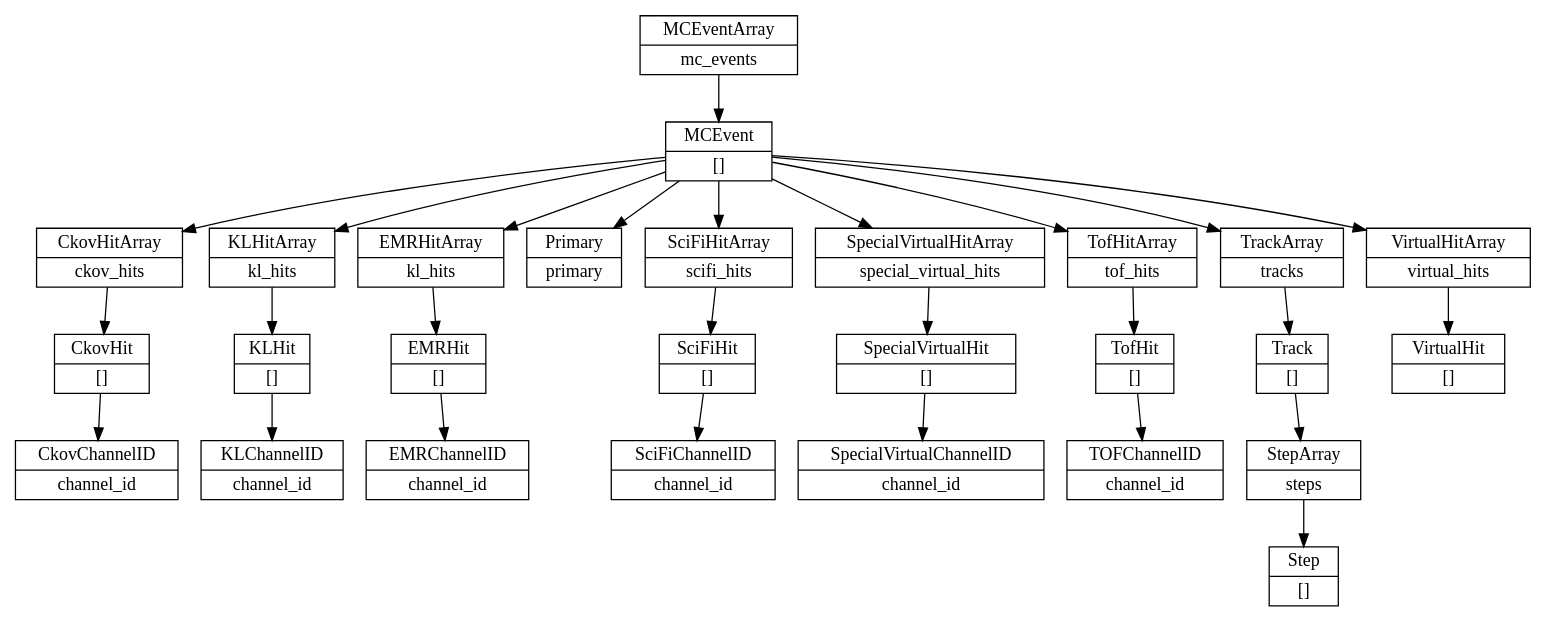
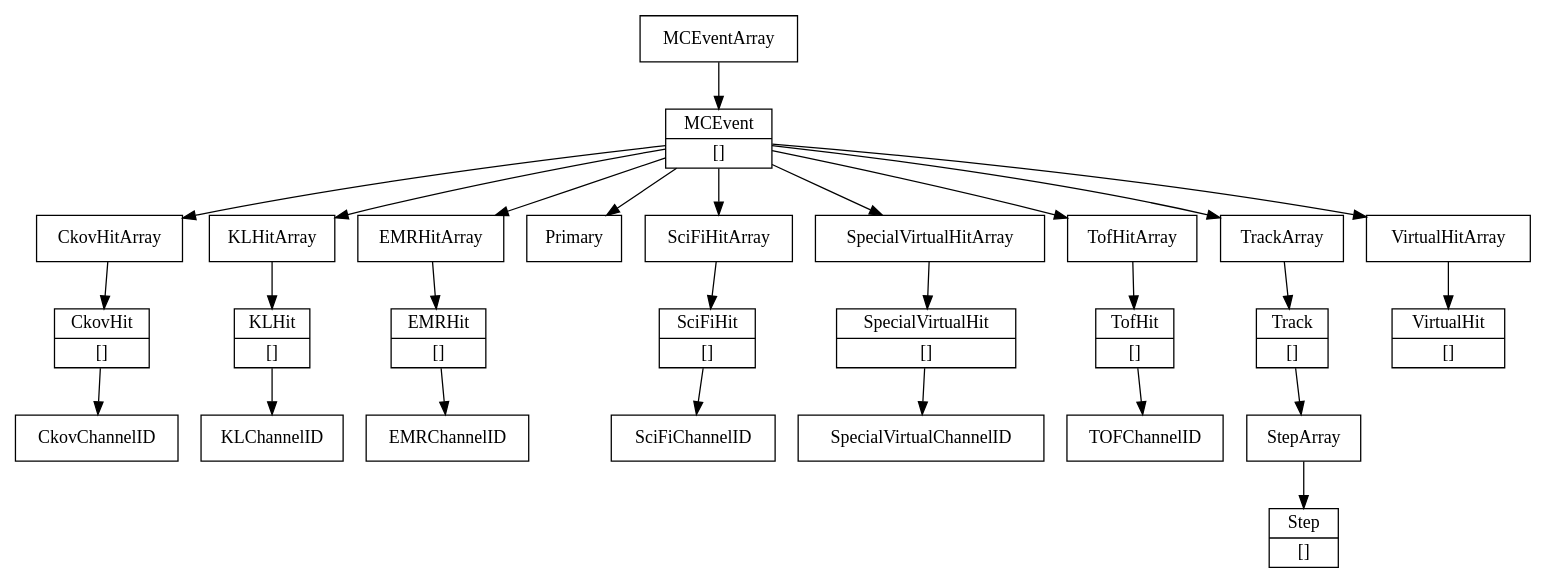
Before and after one commit to durgarajaram/maus-software-paper: the diagram in figs/mc_datastructure.dot, drawn with Graphviz. The commit also changed 21 other files, not shown here.

```diff
--- a/figs/mc_datastructure.dot
+++ b/figs/mc_datastructure.dot
@@ -1,94 +1,94 @@
 // generate using "dot mc_datastructure.dot -Tpdf -o mc_datastructure.pdf"
 
 digraph G {
   node [shape=record];
-  mc_events [shape=record, label="{MCEventArray|mc_events}"]
+  mc_events [shape=record, label="{MCEventArray}"]
     mc_events_array_item [shape=record, label="{MCEvent|[]}"]
-      mc_events_array_item_ckov_hits [shape=record, label="{CkovHitArray|ckov_hits}"]
+      mc_events_array_item_ckov_hits [shape=record, label="{CkovHitArray}"]
         mc_events_array_item_ckov_hits_array_item [shape=record, label="{CkovHit|[]}"]
-          mc_events_array_item_ckov_hits_array_item_channel_id [shape=record, label="{CkovChannelID|channel_id}"]
-      mc_events_array_item_kl_hits [shape=record, label="{KLHitArray|kl_hits}"]
+          mc_events_array_item_ckov_hits_array_item_channel_id [shape=record, label="{CkovChannelID}"]
+      mc_events_array_item_kl_hits [shape=record, label="{KLHitArray}"]
         mc_events_array_item_kl_hits_array_item [shape=record, label="{KLHit|[]}"]
-          mc_events_array_item_kl_hits_array_item_channel_id [shape=record, label="{KLChannelID|channel_id}"]
-      mc_events_array_item_emr_hits [shape=record, label="{EMRHitArray|kl_hits}"]
+          mc_events_array_item_kl_hits_array_item_channel_id [shape=record, label="{KLChannelID}"]
+      mc_events_array_item_emr_hits [shape=record, label="{EMRHitArray}"]
         mc_events_array_item_emr_hits_array_item [shape=record, label="{EMRHit|[]}"]
-          mc_events_array_item_emr_hits_array_item_channel_id [shape=record, label="{EMRChannelID|channel_id}"]
-      mc_events_array_item_primary [shape=record, label="{Primary|primary}"]
+          mc_events_array_item_emr_hits_array_item_channel_id [shape=record, label="{EMRChannelID}"]
+      mc_events_array_item_primary [shape=record, label="{Primary}"]
         // mc_events_array_item_primary_momentum [shape=record, label="{ThreeVector|momentum}"]
         // mc_events_array_item_primary_position [shape=record, label="{ThreeVector|position}"]
-      mc_events_array_item_scifi_hits [shape=record, label="{SciFiHitArray|scifi_hits}"]
+      mc_events_array_item_scifi_hits [shape=record, label="{SciFiHitArray}"]
         mc_events_array_item_scifi_hits_array_item [shape=record, label="{SciFiHit|[]}"]
-          mc_events_array_item_scifi_hits_array_item_channel_id [shape=record, label="{SciFiChannelID|channel_id}"]
+          mc_events_array_item_scifi_hits_array_item_channel_id [shape=record, label="{SciFiChannelID}"]
         // mc_events_array_item_scifi_hits_array_item_momentum [shape=record, label="{ThreeVector|momentum}"]
         // mc_events_array_item_scifi_hits_array_item_position [shape=record, label="{ThreeVector|position}"]
-      mc_events_array_item_special_virtual_hits [shape=record, label="{SpecialVirtualHitArray|special_virtual_hits}"]
+      mc_events_array_item_special_virtual_hits [shape=record, label="{SpecialVirtualHitArray}"]
       mc_events_array_item_special_virtual_hits_array_item [shape=record, label="{SpecialVirtualHit|[]}"]
-        mc_events_array_item_special_virtual_hits_array_item_channel_id [shape=record, label="{SpecialVirtualChannelID|channel_id}"]
+        mc_events_array_item_special_virtual_hits_array_item_channel_id [shape=record, label="{SpecialVirtualChannelID}"]
         // mc_events_array_item_special_virtual_hits_array_item_momentum [shape=record, label="{ThreeVector|momentum}"]
         // mc_events_array_item_special_virtual_hits_array_item_position [shape=record, label="{ThreeVector|position}"]
-      mc_events_array_item_tracks_array_item_steps [shape=record, label="{StepArray|steps}"]
+      mc_events_array_item_tracks_array_item_steps [shape=record, label="{StepArray}"]
         mc_events_array_item_tracks_array_item_steps_array_item [shape=record, label="{Step|[]}"]
           // mc_events_array_item_tracks_array_item_steps_array_item_momentum [shape=record, label="{ThreeVector|momentum}"]
           // mc_events_array_item_tracks_array_item_steps_array_item_position [shape=record, label="{ThreeVector|position}"]
-      mc_events_array_item_tof_hits [shape=record, label="{TofHitArray|tof_hits}"]
+      mc_events_array_item_tof_hits [shape=record, label="{TofHitArray}"]
       mc_events_array_item_tof_hits_array_item [shape=record, label="{TofHit|[]}"]
-        mc_events_array_item_tof_hits_array_item_channel_id [shape=record, label="{TOFChannelID|channel_id}"]
+        mc_events_array_item_tof_hits_array_item_channel_id [shape=record, label="{TOFChannelID}"]
         // mc_events_array_item_tof_hits_array_item_momentum [shape=record, label="{ThreeVector|momentum}"]
         // mc_events_array_item_tof_hits_array_item_position [shape=record, label="{ThreeVector|position}"]
-      mc_events_array_item_tracks [shape=record, label="{TrackArray|tracks}"]
+      mc_events_array_item_tracks [shape=record, label="{TrackArray}"]
       mc_events_array_item_tracks_array_item [shape=record, label="{Track|[]}"]
         // mc_events_array_item_tracks_array_item_initial_momentum [shape=record, label="{ThreeVector|initial_momentum}"]
         // mc_events_array_item_tracks_array_item_initial_position [shape=record, label="{ThreeVector|initial_position}"]
         // mc_events_array_item_tracks_array_item_final_momentum [shape=record, label="{ThreeVector|final_momentum}"]
         // mc_events_array_item_tracks_array_item_final_position [shape=record, label="{ThreeVector|final_position}"]
-      mc_events_array_item_virtual_hits [shape=record, label="{VirtualHitArray|virtual_hits}"]
+      mc_events_array_item_virtual_hits [shape=record, label="{VirtualHitArray}"]
         mc_events_array_item_virtual_hits_array_item [shape=record, label="{VirtualHit|[]}"]
           // mc_events_array_item_virtual_hits_array_item_momentum [shape=record, label="{ThreeVector|momentum}"]
           // mc_events_array_item_virtual_hits_array_item_position [shape=record, label="{ThreeVector|position}"]
           // mc_events_array_item_virtual_hits_array_item_b_field [shape=record, label="{ThreeVector|b_field}"]
           // mc_events_array_item_virtual_hits_array_item_e_field [shape=record, label="{ThreeVector|e_field}"]
     mc_events -> mc_events_array_item
     mc_events_array_item -> mc_events_array_item_primary
     mc_events_array_item -> mc_events_array_item_special_virtual_hits
     mc_events_array_item -> mc_events_array_item_ckov_hits
     mc_events_array_item -> mc_events_array_item_kl_hits
     mc_events_array_item -> mc_events_array_item_emr_hits
     mc_events_array_item -> mc_events_array_item_tof_hits
     mc_events_array_item -> mc_events_array_item_virtual_hits
     mc_events_array_item -> mc_events_array_item_scifi_hits
     mc_events_array_item -> mc_events_array_item_tracks
       // mc_events_array_item_primary -> mc_events_array_item_primary_momentum
       // mc_events_array_item_primary -> mc_events_array_item_primary_position
       mc_events_array_item_ckov_hits -> mc_events_array_item_ckov_hits_array_item
         mc_events_array_item_ckov_hits_array_item -> mc_events_array_item_ckov_hits_array_item_channel_id
       mc_events_array_item_kl_hits -> mc_events_array_item_kl_hits_array_item
         mc_events_array_item_kl_hits_array_item -> mc_events_array_item_kl_hits_array_item_channel_id
       mc_events_array_item_emr_hits -> mc_events_array_item_emr_hits_array_item
         mc_events_array_item_emr_hits_array_item -> mc_events_array_item_emr_hits_array_item_channel_id
       mc_events_array_item_scifi_hits -> mc_events_array_item_scifi_hits_array_item
         mc_events_array_item_scifi_hits_array_item -> mc_events_array_item_scifi_hits_array_item_channel_id
       // mc_events_array_item_scifi_hits_array_item -> mc_events_array_item_scifi_hits_array_item_momentum
       // mc_events_array_item_scifi_hits_array_item -> mc_events_array_item_scifi_hits_array_item_position
       mc_events_array_item_special_virtual_hits -> mc_events_array_item_special_virtual_hits_array_item
       mc_events_array_item_special_virtual_hits_array_item -> mc_events_array_item_special_virtual_hits_array_item_channel_id
       // mc_events_array_item_special_virtual_hits_array_item -> mc_events_array_item_special_virtual_hits_array_item_momentum
       // mc_events_array_item_special_virtual_hits_array_item -> mc_events_array_item_special_virtual_hits_array_item_position
       mc_events_array_item_tof_hits -> mc_events_array_item_tof_hits_array_item
       mc_events_array_item_tof_hits_array_item -> mc_events_array_item_tof_hits_array_item_channel_id
       // mc_events_array_item_tof_hits_array_item -> mc_events_array_item_tof_hits_array_item_momentum
       // mc_events_array_item_tof_hits_array_item -> mc_events_array_item_tof_hits_array_item_position
       mc_events_array_item_virtual_hits -> mc_events_array_item_virtual_hits_array_item
       // mc_events_array_item_virtual_hits_array_item -> mc_events_array_item_virtual_hits_array_item_momentum
       // mc_events_array_item_virtual_hits_array_item -> mc_events_array_item_virtual_hits_array_item_position
       // mc_events_array_item_virtual_hits_array_item -> mc_events_array_item_virtual_hits_array_item_e_field
       // mc_events_array_item_virtual_hits_array_item -> mc_events_array_item_virtual_hits_array_item_b_field
       mc_events_array_item_tracks -> mc_events_array_item_tracks_array_item
       // mc_events_array_item_tracks_array_item -> mc_events_array_item_tracks_array_item_initial_momentum
       // mc_events_array_item_tracks_array_item -> mc_events_array_item_tracks_array_item_initial_position
       // mc_events_array_item_tracks_array_item -> mc_events_array_item_tracks_array_item_final_momentum
       // mc_events_array_item_tracks_array_item -> mc_events_array_item_tracks_array_item_final_position
       mc_events_array_item_tracks_array_item -> mc_events_array_item_tracks_array_item_steps
         mc_events_array_item_tracks_array_item_steps -> mc_events_array_item_tracks_array_item_steps_array_item
         // mc_events_array_item_tracks_array_item_steps_array_item -> mc_events_array_item_tracks_array_item_steps_array_item_position
         // mc_events_array_item_tracks_array_item_steps_array_item -> mc_events_array_item_tracks_array_item_steps_array_item_momentum
 }
```
